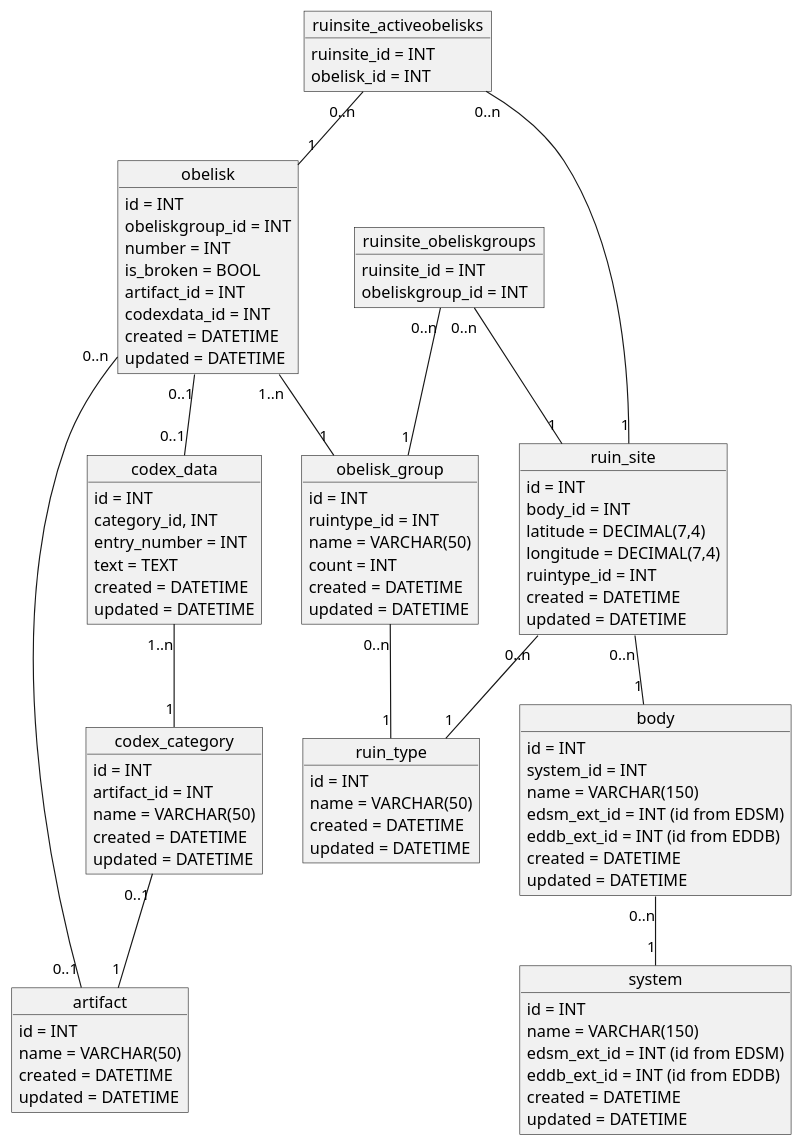
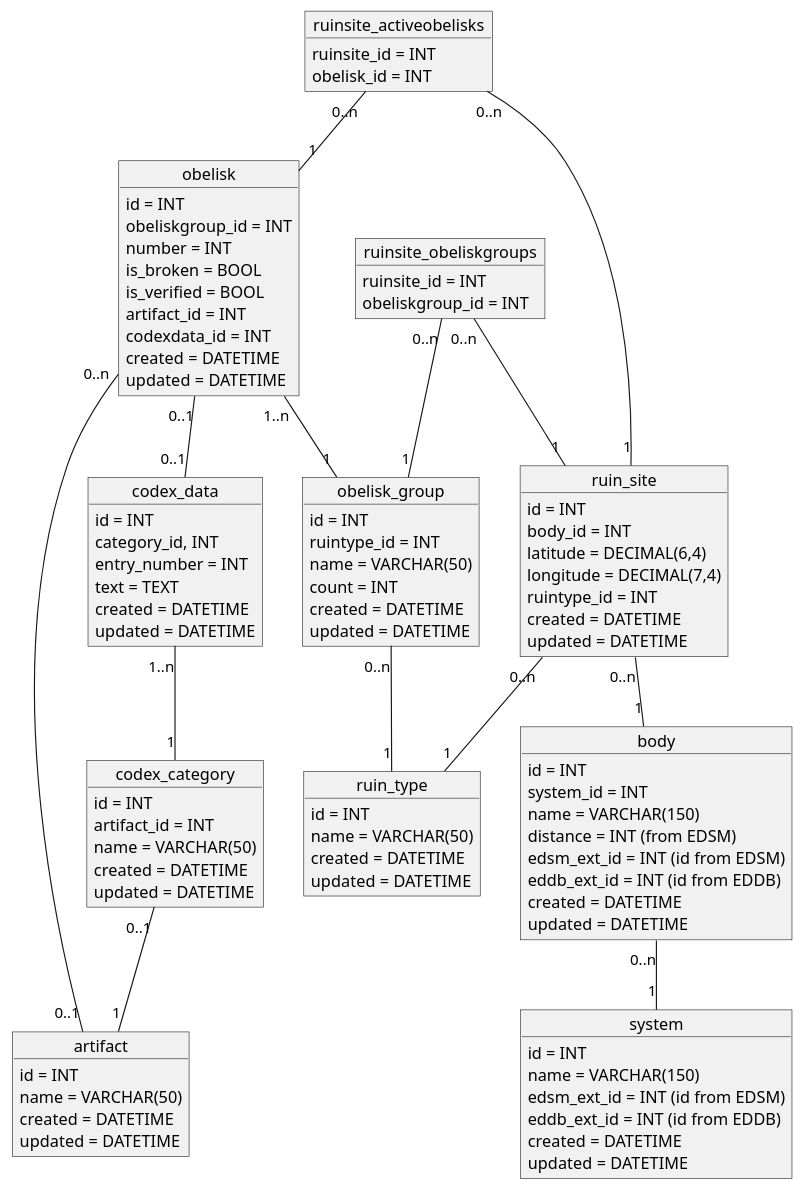
Before and after one commit to canonn-science/CanonnApi: the diagram in docs/design/db/ruinsdb.puml, drawn with PlantUML. The commit also changed 17 other files, not shown here.

First line of the commit message:
Added bool for obelisk verification status

```diff
--- a/docs/design/db/ruinsdb.puml
+++ b/docs/design/db/ruinsdb.puml
@@ -1,113 +1,115 @@
 @startuml
 
 object artifact
 artifact : id = INT
 artifact : name = VARCHAR(50)
 artifact : created = DATETIME
 artifact : updated = DATETIME
 
 
 object codex_category
 codex_category : id = INT
 codex_category : artifact_id = INT
 codex_category : name = VARCHAR(50)
 codex_category : created = DATETIME
 codex_category : updated = DATETIME
 
 codex_category "0..1" -- "1" artifact
 
 
 object codex_data
 codex_data : id = INT
 codex_data : category_id, INT
 codex_data : entry_number = INT
 codex_data : text = TEXT
 codex_data : created = DATETIME
 codex_data : updated = DATETIME
 
 codex_data "1..n" -- "1" codex_category
 
 
 object ruin_type
 ruin_type : id = INT
 ruin_type : name = VARCHAR(50)
 ruin_type : created = DATETIME
 ruin_type : updated = DATETIME
 
 
 object obelisk_group
 obelisk_group : id = INT
 obelisk_group : ruintype_id = INT
 obelisk_group : name = VARCHAR(50)
 obelisk_group : count = INT
 obelisk_group : created = DATETIME
 obelisk_group : updated = DATETIME
 
 obelisk_group "0..n" -- "1" ruin_type
 
 
 object obelisk
 obelisk : id = INT
 obelisk : obeliskgroup_id = INT
 obelisk : number = INT
 obelisk : is_broken = BOOL
+obelisk : is_verified = BOOL
 obelisk : artifact_id = INT
 obelisk : codexdata_id = INT
 obelisk : created = DATETIME
 obelisk : updated = DATETIME
 
 obelisk "1..n" -- "1" obelisk_group
 obelisk "0..n" -- "0..1" artifact
 obelisk "0..1" -- "0..1" codex_data
 
 
 object system
 system : id = INT
 system : name = VARCHAR(150)
 system : edsm_ext_id = INT (id from EDSM)
 system : eddb_ext_id = INT (id from EDDB)
 system : created = DATETIME
 system : updated = DATETIME
 
 
 object body
 body : id = INT
 body : system_id = INT
 body : name = VARCHAR(150)
+body : distance = INT (from EDSM)
 body : edsm_ext_id = INT (id from EDSM)
 body : eddb_ext_id = INT (id from EDDB)
 body : created = DATETIME
 body : updated = DATETIME
 
 body "0..n" -- "1" system
 
 
 object ruin_site
 ruin_site : id = INT
 ruin_site : body_id = INT
-ruin_site : latitude = DECIMAL(7,4)
+ruin_site : latitude = DECIMAL(6,4)
 ruin_site : longitude = DECIMAL(7,4)
 ruin_site : ruintype_id = INT
 ruin_site : created = DATETIME
 ruin_site : updated = DATETIME
 
 ruin_site "0..n" -- "1" body
 ruin_site "0..n" -- "1" ruin_type
 
 
 object ruinsite_obeliskgroups
 ruinsite_obeliskgroups : ruinsite_id = INT
 ruinsite_obeliskgroups : obeliskgroup_id = INT
 
 ruinsite_obeliskgroups "0..n" -- "1" ruin_site
 ruinsite_obeliskgroups "0..n" -- "1" obelisk_group
 
 
 object ruinsite_activeobelisks
 ruinsite_activeobelisks : ruinsite_id = INT
 ruinsite_activeobelisks : obelisk_id = INT
 
 ruinsite_activeobelisks "0..n" -- "1" ruin_site
 ruinsite_activeobelisks "0..n" -- "1" obelisk
 
 @enduml
```
